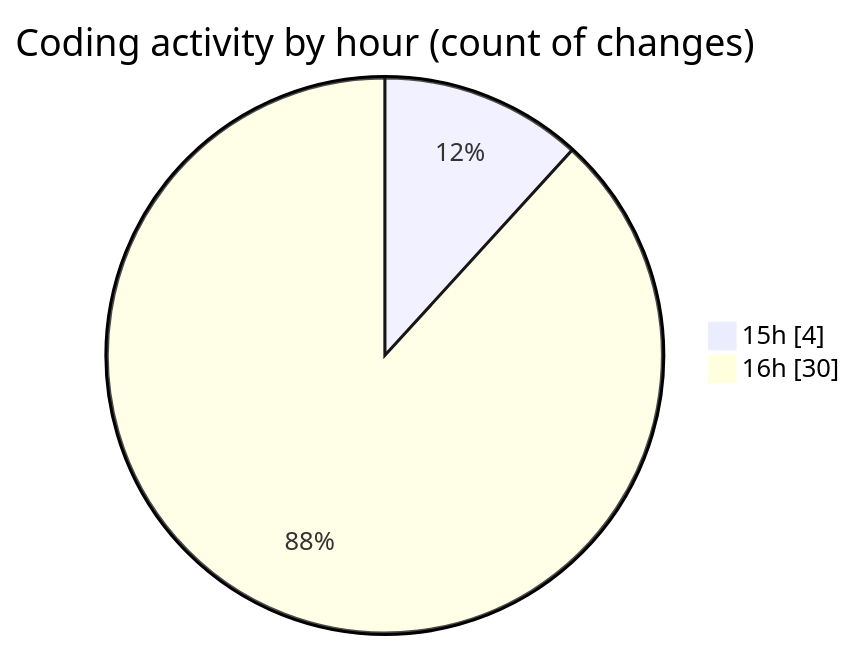
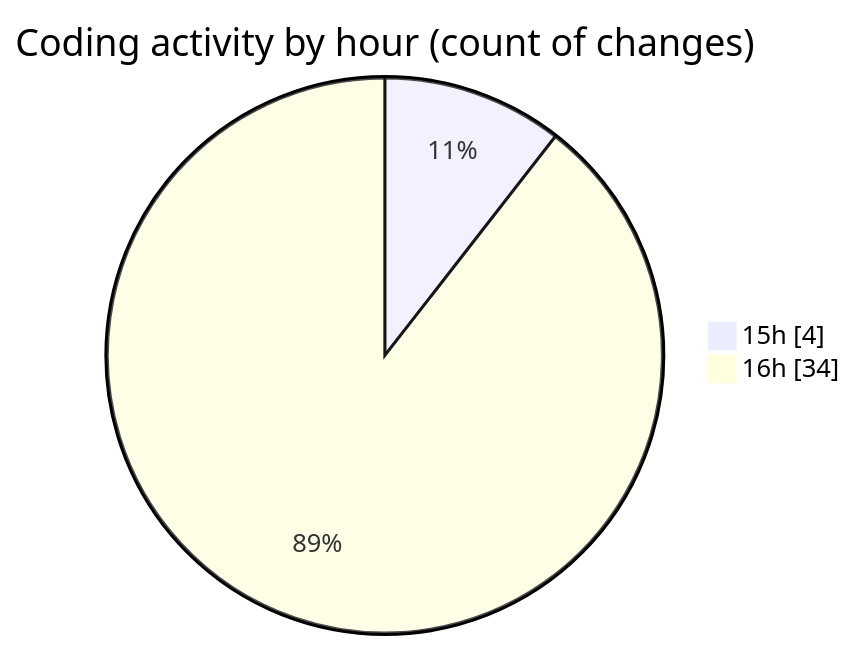
Before and after one commit to Ritupan-Deka/code-tracking: the second of 2 diagrams in 2025-05-26/zip_file/README.md, drawn with Mermaid. The commit also changed other lines of this file and 1 other file, not shown here.

````diff
--- a/2025-05-26/zip_file/README.md
+++ b/2025-05-26/zip_file/README.md
@@ -36,6 +36,6 @@
 ```mermaid
 pie showData
 title Coding activity by hour (count of changes)
 "15h" : 4
-"16h" : 30
+"16h" : 34
 ```
````
